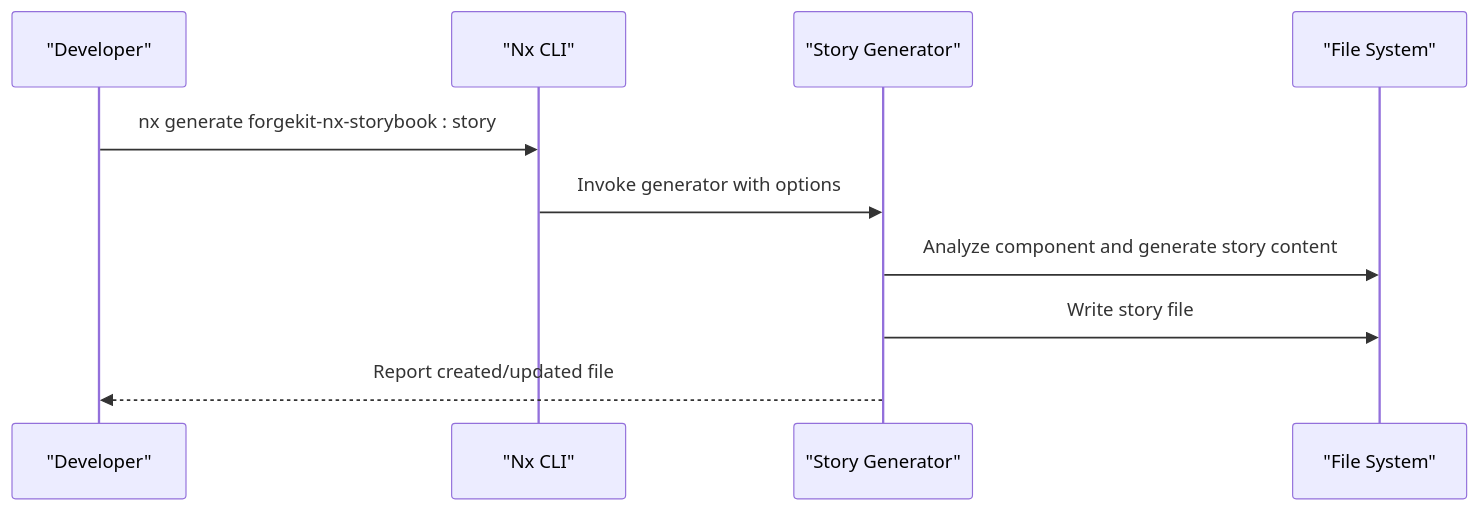
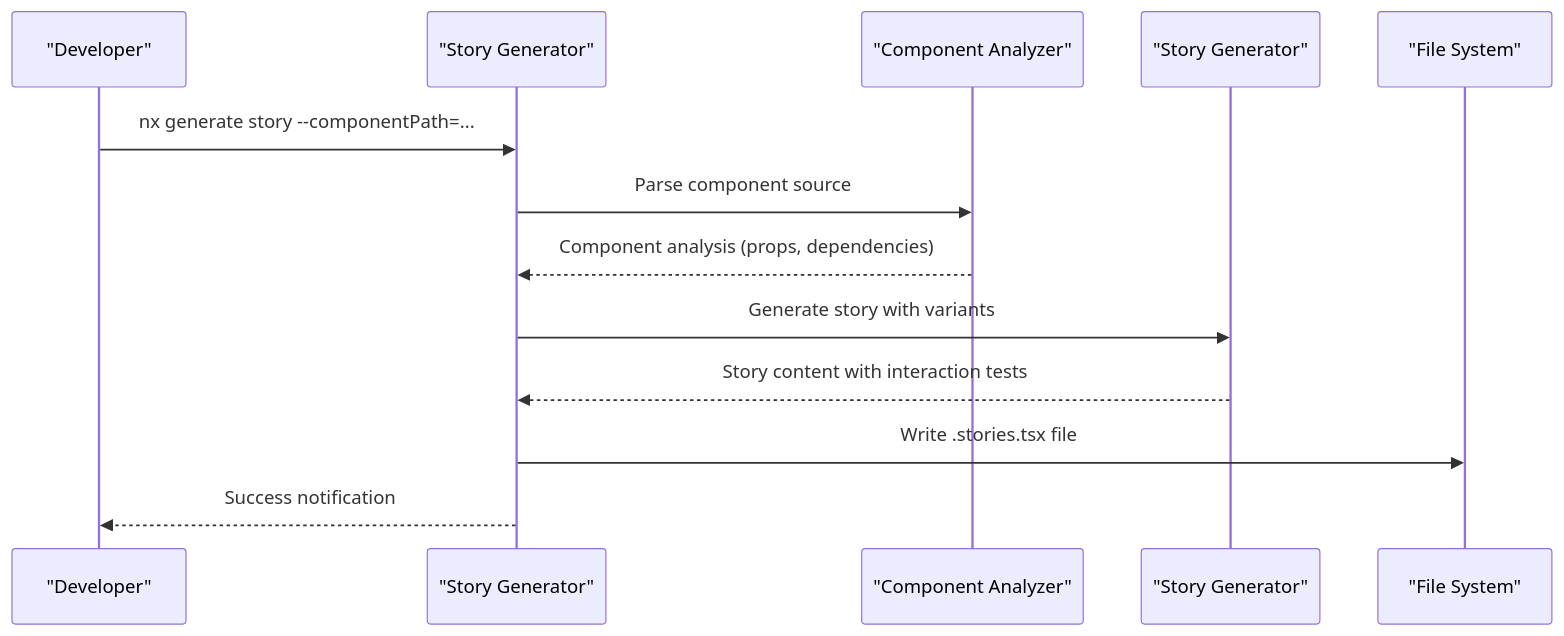
The fourth of 5 diagrams in .qoder/repowiki/en/content/Development Tools.md (effinrich/rh-nx-monorepo), drawn with Mermaid before and after one commit. The commit also changed other lines of this file and 130 other files, not shown here.

First line of the commit message:
feat: update package dependencies and improve Storybook integration

````diff
--- a/.qoder/repowiki/en/content/Development Tools.md
+++ b/.qoder/repowiki/en/content/Development Tools.md
@@ -156,12 +348,15 @@
 ```mermaid
 sequenceDiagram
 participant Dev as "Developer"
-participant Nx as "Nx CLI"
 participant Gen as "Story Generator"
+participant Analyzer as "Component Analyzer"
+participant Content as "Story Generator"
 participant FS as "File System"
-Dev->>Nx : nx generate forgekit-nx-storybook : story
-Nx->>Gen : Invoke generator with options
-Gen->>FS : Analyze component and generate story content
-Gen->>FS : Write story file
-Gen-->>Dev : Report created/updated file
+Dev->>Gen : nx generate story --componentPath=...
+Gen->>Analyzer : Parse component source
+Analyzer-->>Gen : Component analysis (props, dependencies)
+Gen->>Content : Generate story with variants
+Content-->>Gen : Story content with interaction tests
+Gen->>FS : Write .stories.tsx file
+Gen-->>Dev : Success notification
 ```
````
